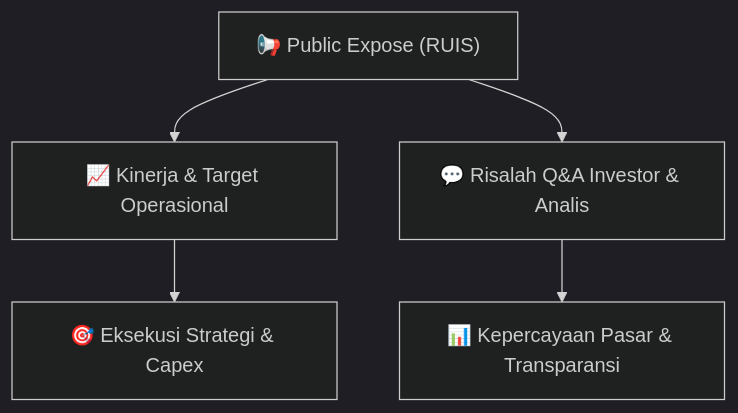
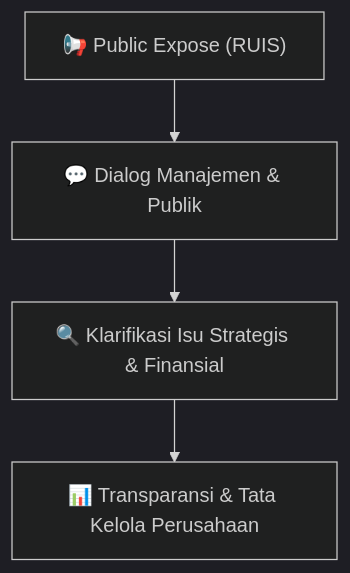
Before and after one commit to anYoneo/alphadigest-idx: the diagram in reports/summaries/public-exposes/hasil-pubex/RUIS_Public_Expose_20260828.md, drawn with Mermaid (dark theme). The commit also changed other lines of this file and 526 other files, not shown here.

````diff
--- a/reports/summaries/public-exposes/hasil-pubex/RUIS_Public_Expose_20260828.md
+++ b/reports/summaries/public-exposes/hasil-pubex/RUIS_Public_Expose_20260828.md
@@ -35,7 +248,6 @@
 ```mermaid
 flowchart TD
-    A["📢 Public Expose (RUIS)"] --> B["📈 Kinerja & Target Operasional"]
-    A --> C["💬 Risalah Q&A Investor & Analis"]
-    B --> D["🎯 Eksekusi Strategi & Capex"]
-    C --> E["📊 Kepercayaan Pasar & Transparansi"]
+    A["📢 Public Expose (RUIS)"] --> B["💬 Dialog Manajemen & Publik"]
+    B --> C["🔍 Klarifikasi Isu Strategis & Finansial"]
+    C --> D["📊 Transparansi & Tata Kelola Perusahaan"]
 ```
````
